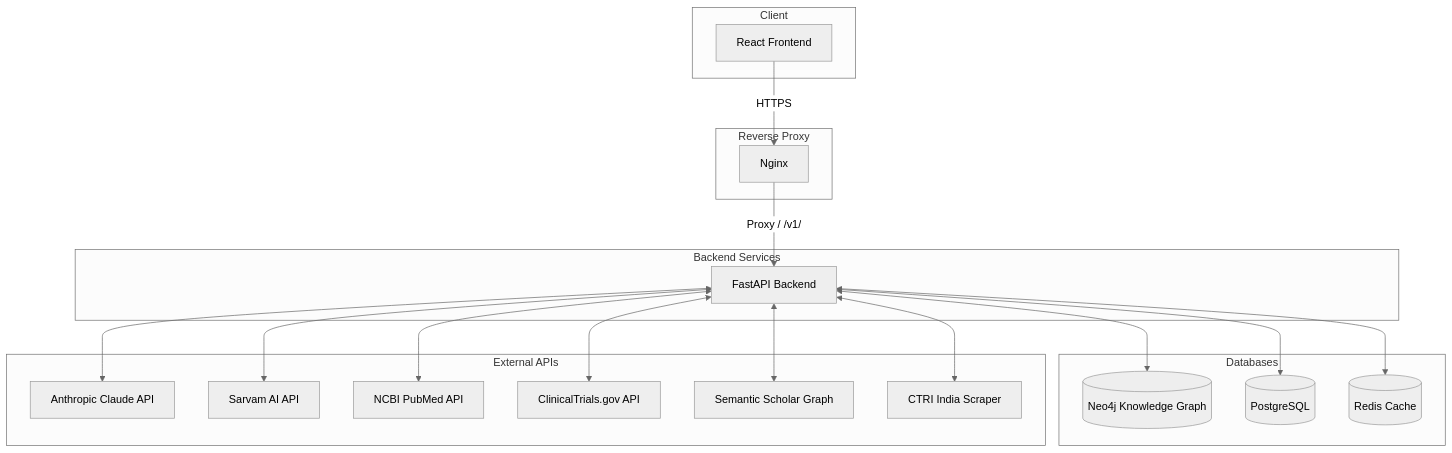
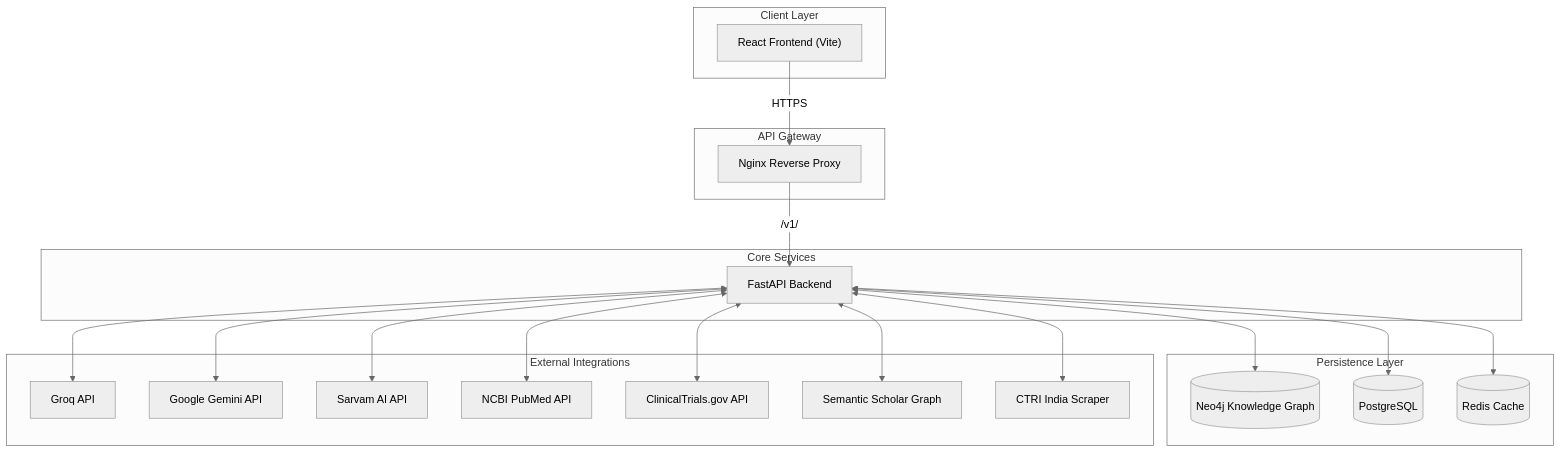
Before and after one commit to icemberg/Aushnexa_BioLumina---an-AI-powered-Ayurveda-Allopathy-Drug-Interaction-Platform.: the first of 9 diagrams in README.md, drawn with Mermaid (neutral theme). The commit also changed other lines of this file and 1 other file, not shown here.

````diff
--- a/README.md
+++ b/README.md
@@ -45,42 +45,45 @@
 ```mermaid
 flowchart TD
-    subgraph Client
-        UI[React Frontend]
+    subgraph Client Layer
+        UI["React Frontend (Vite)"]
     end
 
-    subgraph Reverse Proxy
-        NGINX[Nginx]
+    subgraph API Gateway
+        NGINX["Nginx Reverse Proxy"]
     end
 
-    subgraph Backend Services
-        API[FastAPI Backend]
+    subgraph Core Services
+        API["FastAPI Backend"]
     end
 
-    subgraph Databases
-        Neo4j[(Neo4j Knowledge Graph)]
-        PG[(PostgreSQL)]
-        Redis[(Redis Cache)]
+    subgraph Persistence Layer
+        Neo4j[("Neo4j Knowledge Graph")]
+        PG[("PostgreSQL")]
+        Redis[("Redis Cache")]
     end
 
-    subgraph External APIs
-        Claude[Anthropic Claude API]
-        Sarvam[Sarvam AI API]
-        PubMed[NCBI PubMed API]
-        CTgov[ClinicalTrials.gov API]
-        Semantic[Semantic Scholar Graph]
-        CTRI[CTRI India Scraper]
+    subgraph External Integrations
+        Groq["Groq API"]
+        Gemini["Google Gemini API"]
+        Sarvam["Sarvam AI API"]
+        PubMed["NCBI PubMed API"]
+        CTgov["ClinicalTrials.gov API"]
+        Semantic["Semantic Scholar Graph"]
+        CTRI["CTRI India Scraper"]
     end
 
     UI -->|HTTPS| NGINX
-    NGINX -->|Proxy / /v1/| API
+    NGINX -->|"/v1/"| API
+    
     API <--> Neo4j
     API <--> PG
     API <--> Redis
 
-    API <--> Claude
+    API <--> Groq
+    API <--> Gemini
     API <--> Sarvam
     API <--> PubMed
     API <--> CTgov
     API <--> Semantic
     API <--> CTRI
 ```
````
